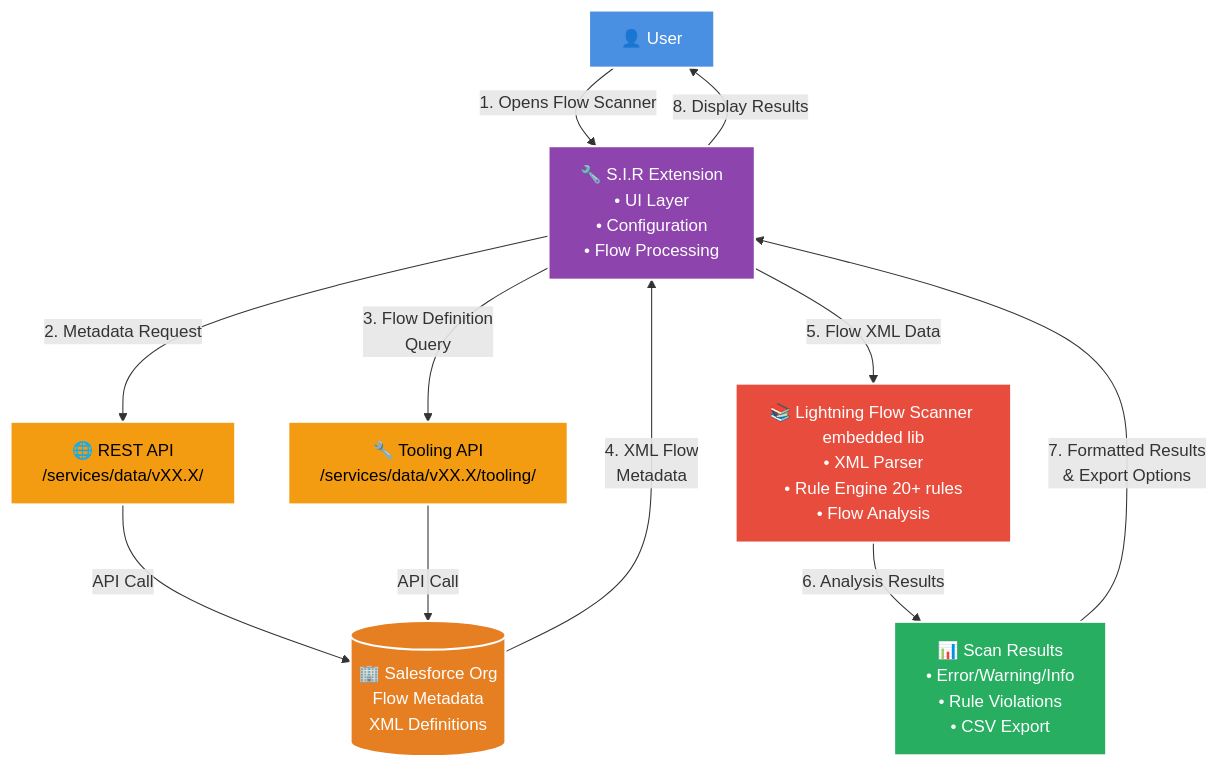
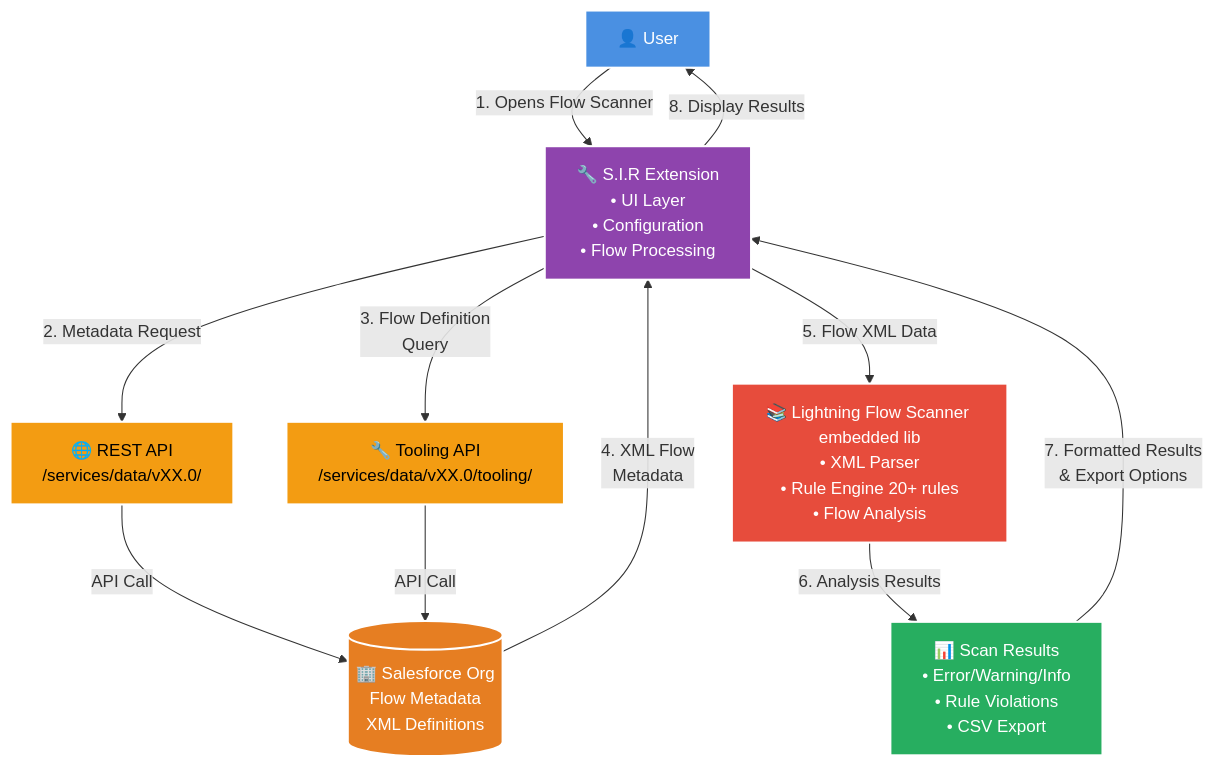
The diagram in docs/flow-scanner.md (tprouvot/Salesforce-Inspector-reloaded), drawn with Mermaid before and after one commit. The commit also changed other lines of this file, not shown here.

Commit message:
Update flow scanner doc

````diff
--- a/docs/flow-scanner.md
+++ b/docs/flow-scanner.md
@@ -101,34 +102,34 @@
 ```mermaid
 graph TD
     U[👤 User] --> |1. Opens Flow Scanner| EXT[🔧 S.I.R Extension<br/>• UI Layer<br/>• Configuration<br/>• Flow Processing]
 
-    EXT --> |2. Metadata Request| REST[🌐 REST API<br/>/services/data/vXX.X/]
-    EXT --> |3. Flow Definition<br/>Query| TOOL[🔧 Tooling API<br/>/services/data/vXX.X/tooling/]
+    EXT --> |2. Metadata Request| REST[🌐 REST API<br/>/services/data/vXX.0/]
+    EXT --> |3. Flow Definition<br/>Query| TOOL[🔧 Tooling API<br/>/services/data/vXX.0/tooling/]
 
     REST --> |API Call| SF[(🏢 Salesforce Org<br/>Flow Metadata<br/>XML Definitions)]
     TOOL --> |API Call| SF
 
     SF --> |4. XML Flow<br/>Metadata| EXT
 
     EXT --> |5. Flow XML Data| CORE[📚 Lightning Flow Scanner embedded lib<br/>• XML Parser<br/>• Rule Engine 20+ rules<br/>• Flow Analysis]
 
     CORE --> |6. Analysis Results| RES[📊 Scan Results<br/>• Error/Warning/Info<br/>• Rule Violations<br/>• CSV Export]
 
     RES --> |7. Formatted Results<br/>& Export Options| EXT
     EXT --> |8. Display Results| U
 
     %% Dark mode friendly styling
     classDef userClass fill:#4a90e2,stroke:#ffffff,stroke-width:2px,color:#ffffff
     classDef extensionClass fill:#8e44ad,stroke:#ffffff,stroke-width:2px,color:#ffffff
     classDef apiClass fill:#f39c12,stroke:#ffffff,stroke-width:2px,color:#000000
     classDef salesforceClass fill:#e67e22,stroke:#ffffff,stroke-width:2px,color:#ffffff
     classDef coreClass fill:#e74c3c,stroke:#ffffff,stroke-width:2px,color:#ffffff
     classDef resultClass fill:#27ae60,stroke:#ffffff,stroke-width:2px,color:#ffffff
 
     class U userClass
     class EXT extensionClass
     class REST,TOOL apiClass
     class SF salesforceClass
     class CORE coreClass
     class RES resultClass
 ```
````
